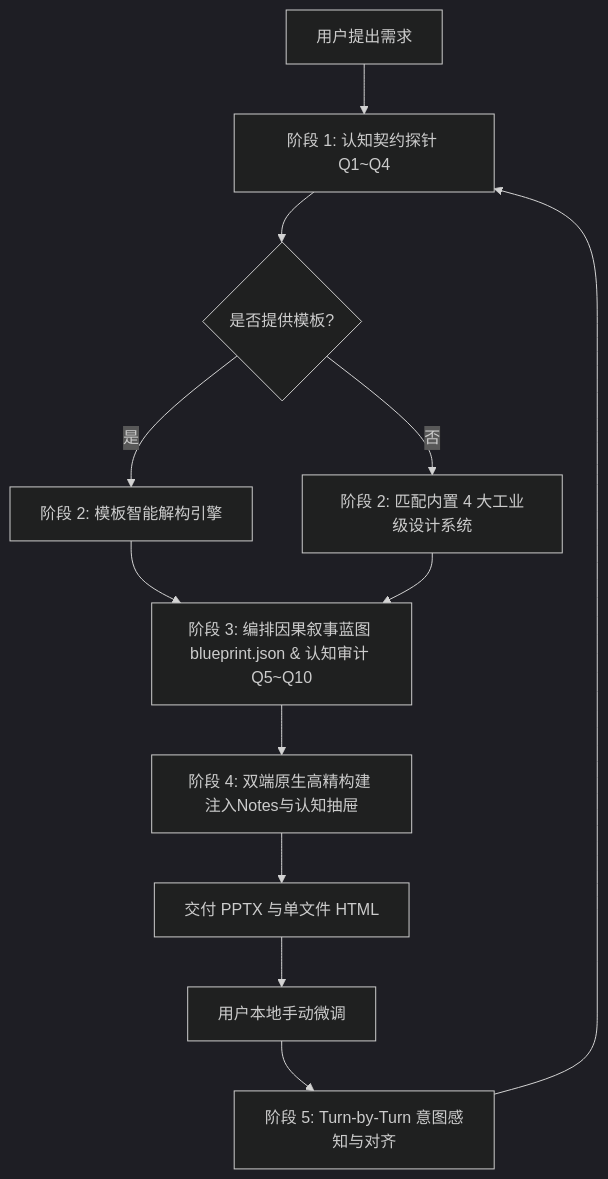
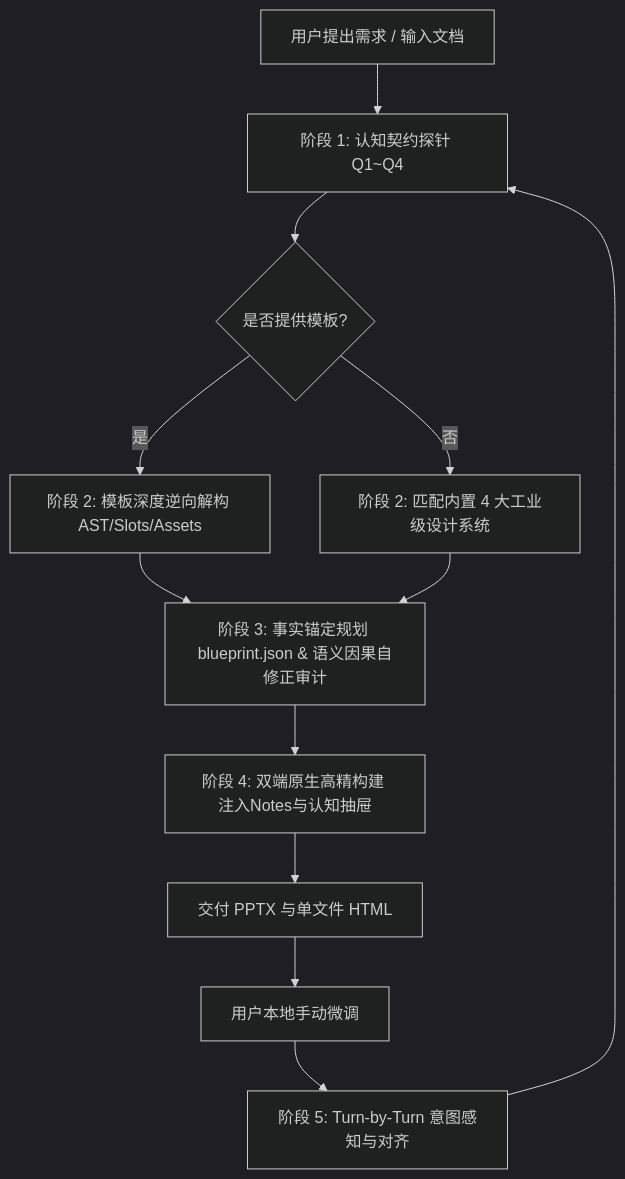
Before and after one commit to kts-kris/undoPPT: the diagram in .agents/skills/undo-ppt/SKILL.md, drawn with Mermaid (dark theme). The commit also changed other lines of this file and 14 other files, not shown here.

````diff
--- a/.agents/skills/undo-ppt/SKILL.md
+++ b/.agents/skills/undo-ppt/SKILL.md
@@ -65,14 +76,14 @@
 ```mermaid
 graph TD
-    A[用户提出需求] --> B[阶段 1: 认知契约探针 Q1~Q4]
+    A[用户提出需求 / 输入文档] --> B[阶段 1: 认知契约探针 Q1~Q4]
     B --> C{是否提供模板?}
-    C -- 是 --> D[阶段 2: 模板智能解构引擎]
+    C -- 是 --> D[阶段 2: 模板深度逆向解构 AST/Slots/Assets]
     C -- 否 --> E[阶段 2: 匹配内置 4 大工业级设计系统]
-    D --> F[阶段 3: 编排因果叙事蓝图 blueprint.json & 认知审计 Q5~Q10]
+    D --> F[阶段 3: 事实锚定规划 blueprint.json & 语义因果自修正审计]
     E --> F
     F --> G[阶段 4: 双端原生高精构建 注入Notes与认知抽屉]
     G --> H[交付 PPTX 与单文件 HTML]
     H --> I[用户本地手动微调]
     I --> J[阶段 5: Turn-by-Turn 意图感知与对齐]
     J --> B
 ```
````
